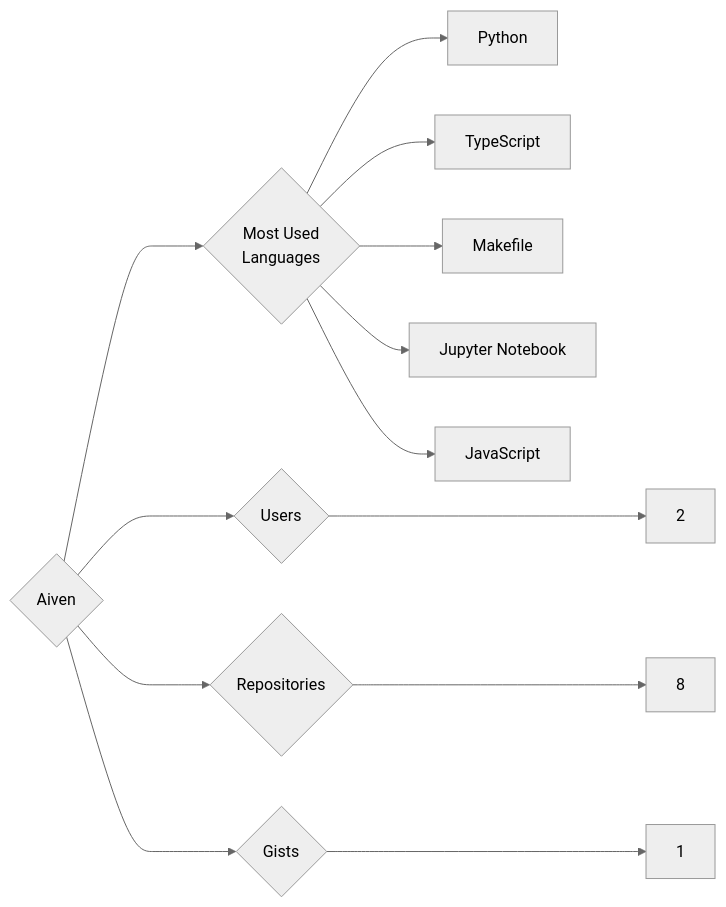
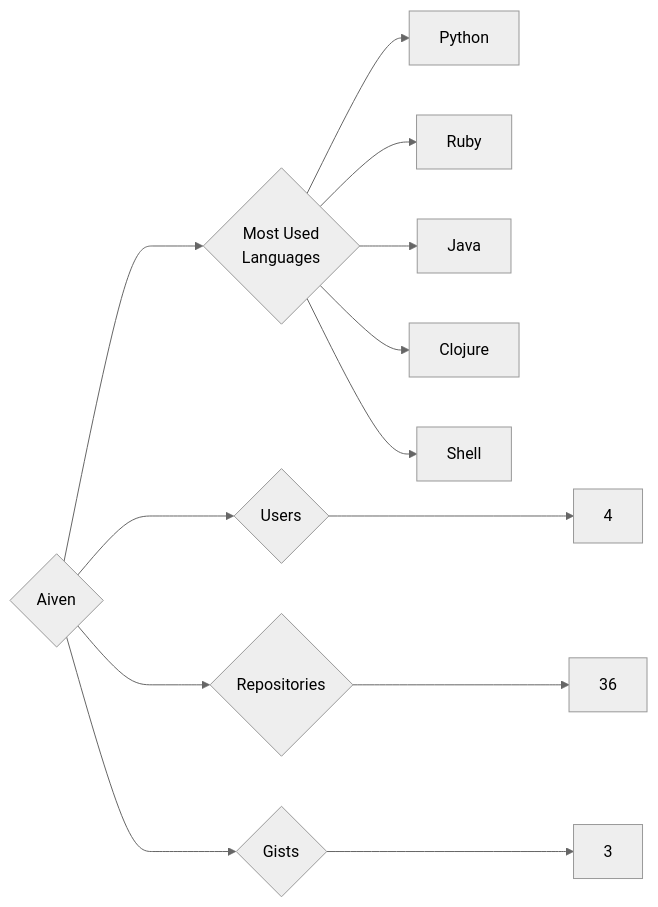
Before and after one commit to trickest/insiders: the diagram in targets/Aiven/README.md, drawn with Mermaid (neutral theme). The commit also changed 1167 other files, not shown here.

````diff
--- a/targets/Aiven/README.md
+++ b/targets/Aiven/README.md
@@ -3,13 +3,13 @@
 ```mermaid
 graph LR
 COMPANY_NAME{Aiven}
-COMPANY_NAME ---> U{Users} ---> UN[2]
-COMPANY_NAME ---> R{Repositories} ---> RN[8]
-COMPANY_NAME ---> G{Gists} ---> GN[1]
+COMPANY_NAME ---> U{Users} ---> UN[4]
+COMPANY_NAME ---> R{Repositories} ---> RN[36]
+COMPANY_NAME ---> G{Gists} ---> GN[3]
 COMPANY_NAME ---> ML{Most Used<br>Languages}
 ML --> Python[Python]
-ML --> TypeScript[TypeScript]
-ML --> Makefile[Makefile]
-ML --> Jupyter_Notebook[Jupyter Notebook]
-ML --> JavaScript[JavaScript]
+ML --> Ruby[Ruby]
+ML --> Java[Java]
+ML --> Clojure[Clojure]
+ML --> Shell[Shell]
 ```
````
